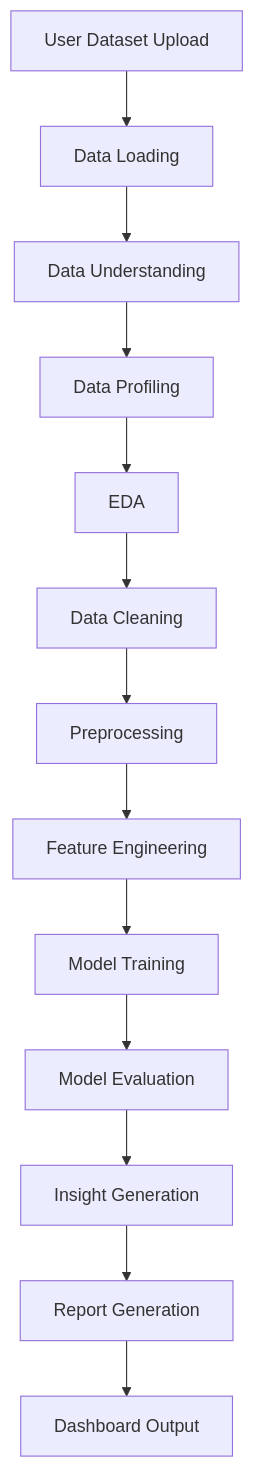
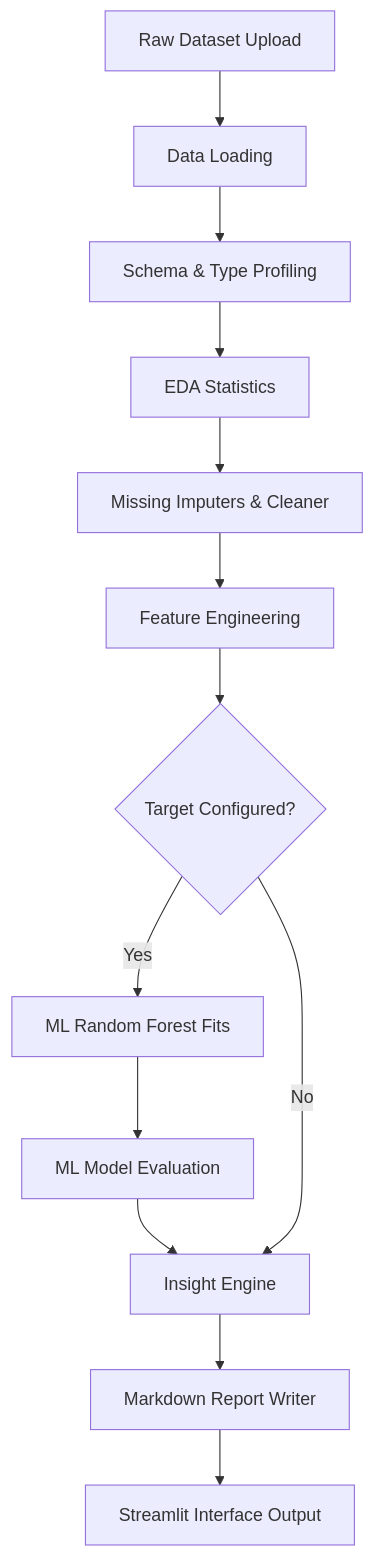
One commit to GhariebML/AutoAnalyst-AI changed the diagram in README.md. Above: the diagram before and after it, drawn with Mermaid. The commit also changed other lines of this file and 61 other files, not shown here.

````diff
--- a/README.md
+++ b/README.md
@@ -42,15 +16,15 @@
 ```mermaid
 flowchart TD
-    A[User Dataset Upload] --> B[Data Loading]
-    B --> C[Data Understanding]
-    C --> D[Data Profiling]
-    D --> E[EDA]
-    E --> F[Data Cleaning]
-    F --> G[Preprocessing]
-    G --> H[Feature Engineering]
-    H --> I[Model Training]
-    I --> J[Model Evaluation]
-    J --> K[Insight Generation]
-    K --> L[Report Generation]
-    L --> M[Dashboard Output]
+    A[Raw Dataset Upload] --> B[Data Loading]
+    B --> C[Schema & Type Profiling]
+    C --> D[EDA Statistics]
+    D --> E[Missing Imputers & Cleaner]
+    E --> F[Feature Engineering]
+    F --> G{Target Configured?}
+    G -- Yes --> H[ML Random Forest Fits]
+    H --> I[ML Model Evaluation]
+    I --> J[Insight Engine]
+    G -- No --> J[Insight Engine]
+    J --> K[Markdown Report Writer]
+    K --> L[Streamlit Interface Output]
 ```
````
